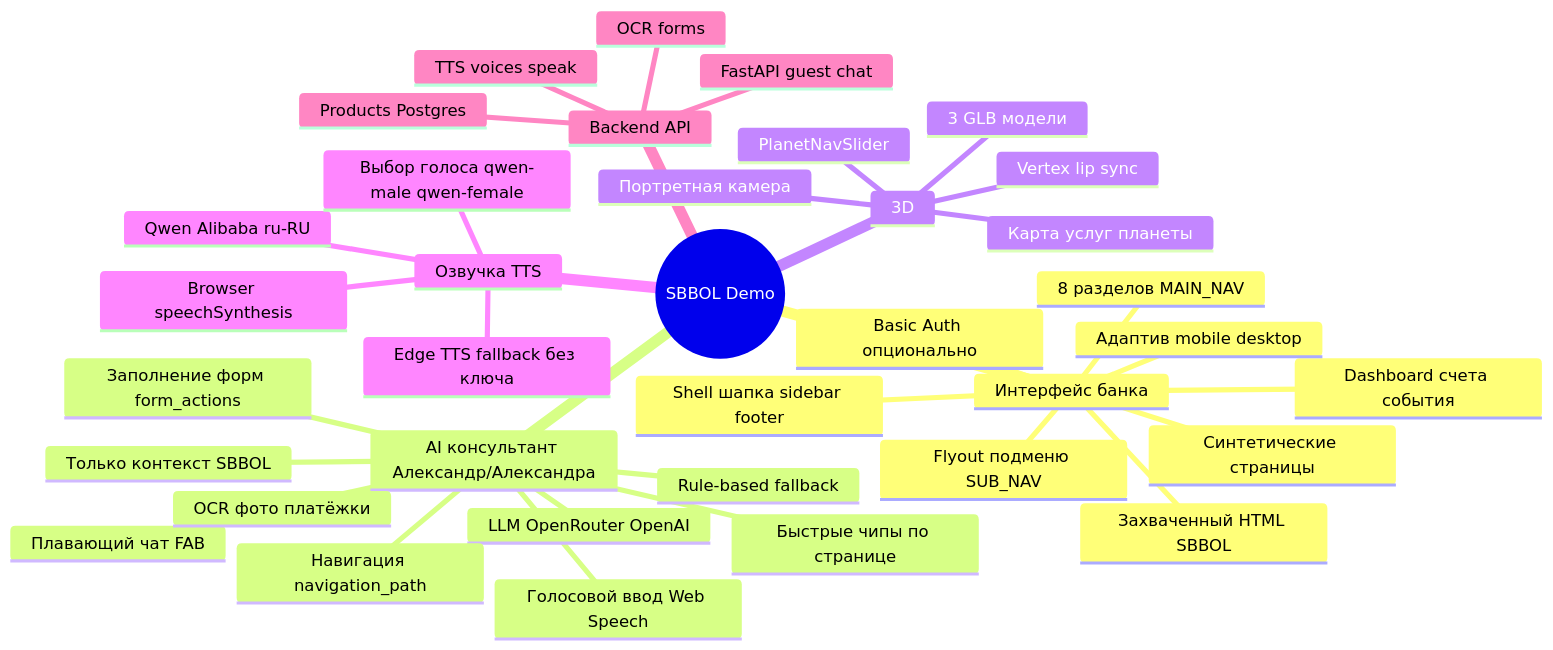
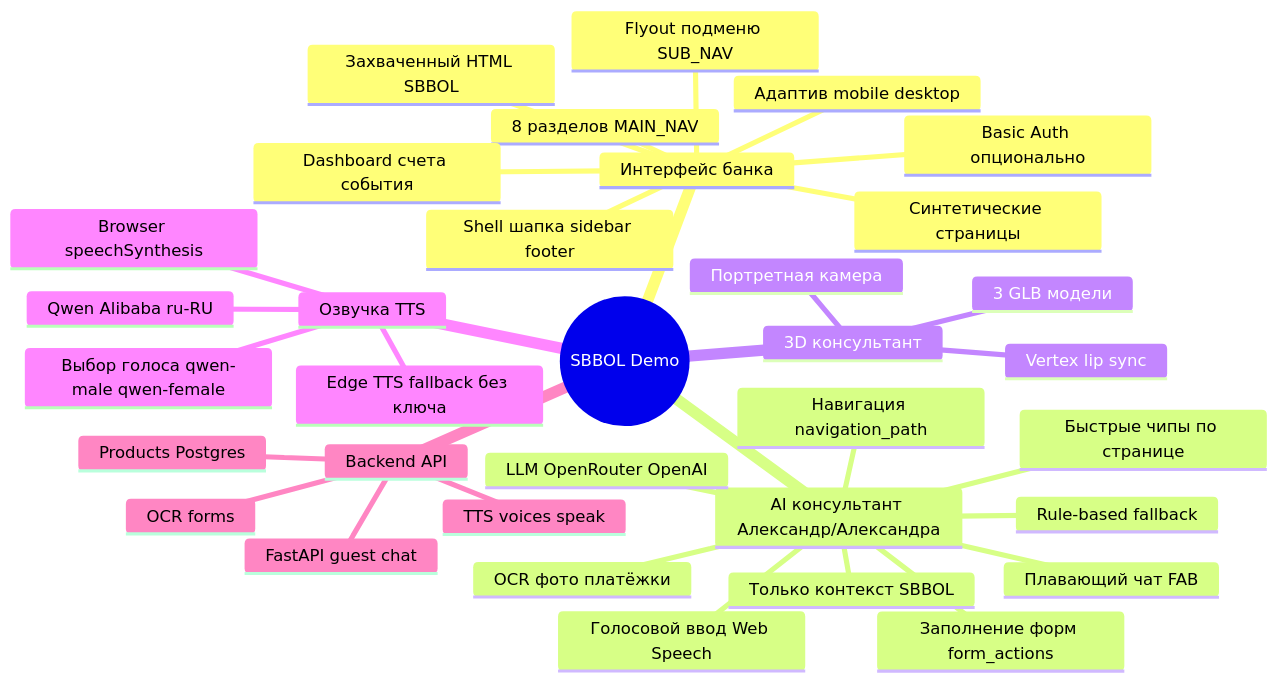
Before and after one commit to grrraaaa/mvp: the first of 12 diagrams in docs/FEATURE_MAP.md, drawn with Mermaid. The commit also changed other lines of this file and 28 other files, not shown here.

````diff
--- a/docs/FEATURE_MAP.md
+++ b/docs/FEATURE_MAP.md
@@ -11,39 +11,37 @@
 ```mermaid
 mindmap
   root((SBBOL Demo))
     Интерфейс банка
       Shell шапка sidebar footer
       8 разделов MAIN_NAV
       Flyout подменю SUB_NAV
       Dashboard счета события
       Захваченный HTML SBBOL
       Синтетические страницы
       Адаптив mobile desktop
       Basic Auth опционально
     AI консультант Александр/Александра
       Плавающий чат FAB
       LLM OpenRouter OpenAI
       Rule-based fallback
       Только контекст SBBOL
       Навигация navigation_path
       Заполнение форм form_actions
       Быстрые чипы по странице
       Голосовой ввод Web Speech
       OCR фото платёжки
-    3D
-      Карта услуг планеты
-      PlanetNavSlider
+    3D консультант
       3 GLB модели
       Vertex lip sync
       Портретная камера
     Озвучка TTS
       Qwen Alibaba ru-RU
       Выбор голоса qwen-male qwen-female
       Edge TTS fallback без ключа
       Browser speechSynthesis
     Backend API
       FastAPI guest chat
       TTS voices speak
       OCR forms
       Products Postgres
 ```
````
